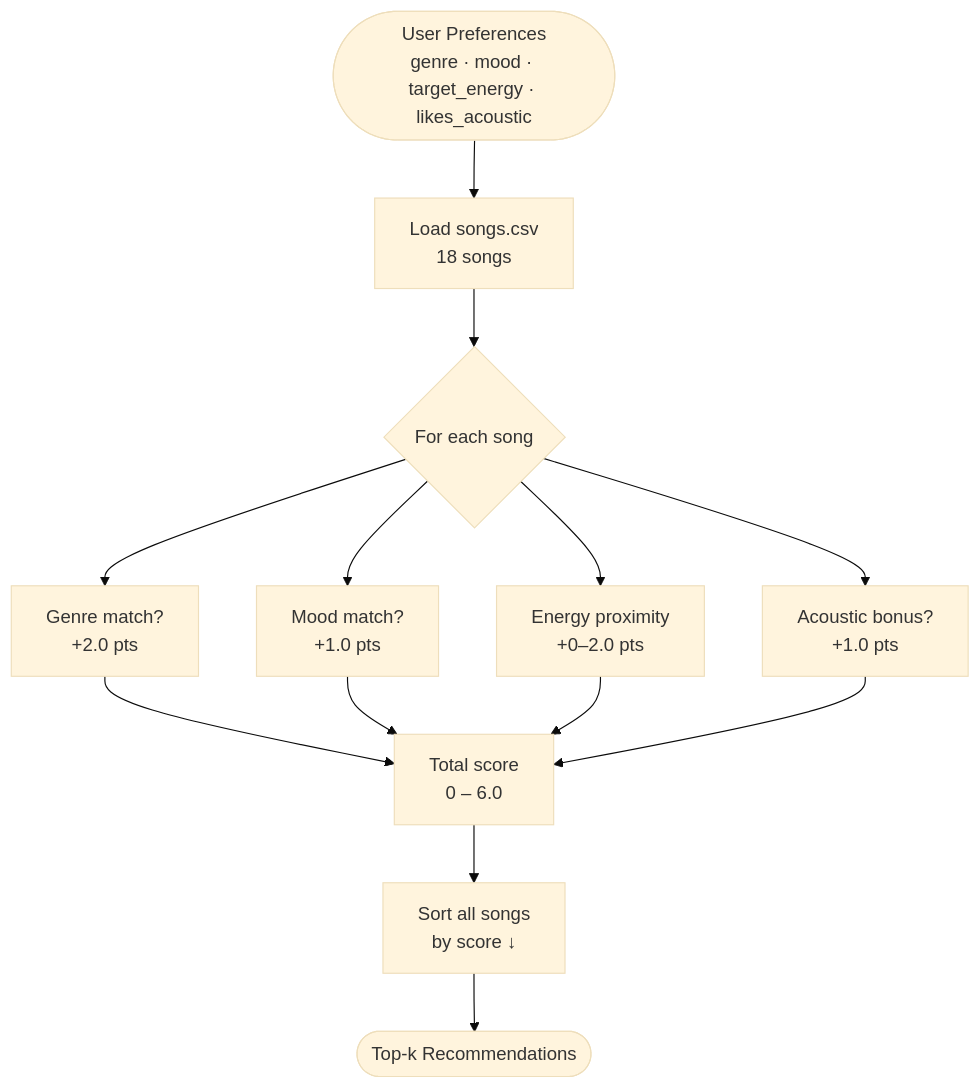
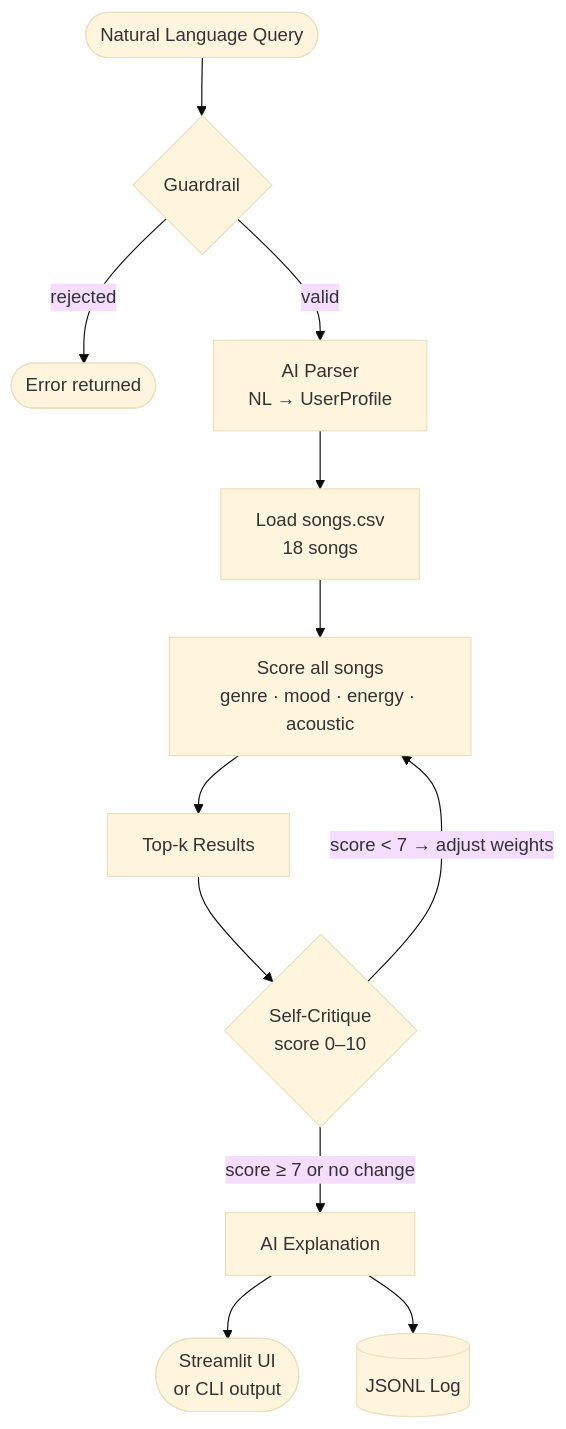
The diagram in README.md (jacklvd/ai110_assignment3), drawn with Mermaid (base theme) before and after one commit. The commit also changed other lines of this file and 12 other files, not shown here.

````diff
--- a/README.md
+++ b/README.md
@@ -77,12 +21,14 @@
 ```mermaid
 flowchart TD
-    A([User Preferences\ngenre · mood · target_energy · likes_acoustic]) --> B[Load songs.csv\n18 songs]
-    B --> C{For each song}
-    C --> D[Genre match?\n+2.0 pts]
-    C --> E[Mood match?\n+1.0 pts]
-    C --> F[Energy proximity\n+0–2.0 pts]
-    C --> G[Acoustic bonus?\n+1.0 pts]
-    D & E & F & G --> H[Total score\n0 – 6.0]
-    H --> I[Sort all songs\nby score ↓]
-    I --> J([Top-k Recommendations])
+    A([Natural Language Query]) --> B{Guardrail}
+    B -- rejected --> ERR([Error returned])
+    B -- valid --> C[AI Parser\nNL → UserProfile]
+    C --> D[Load songs.csv\n18 songs]
+    D --> E[Score all songs\ngenre · mood · energy · acoustic]
+    E --> F[Top-k Results]
+    F --> G{Self-Critique\nscore 0–10}
+    G -- score ≥ 7 or no change --> H[AI Explanation]
+    G -- score < 7 → adjust weights --> E
+    H --> I([Streamlit UI\nor CLI output])
+    H --> J[(JSONL Log)]
 ```
````
